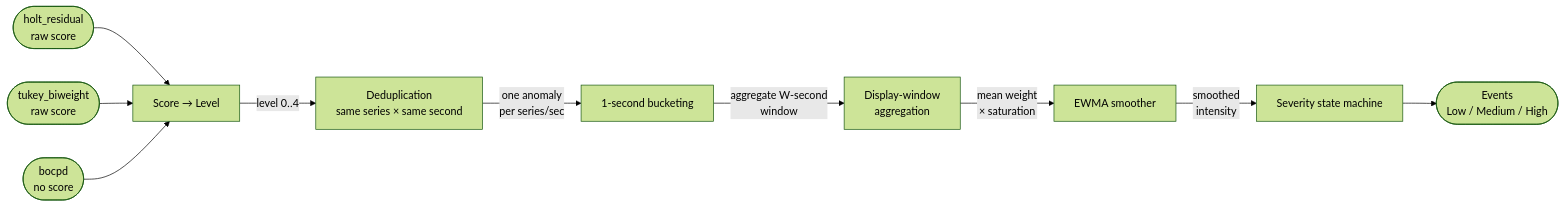
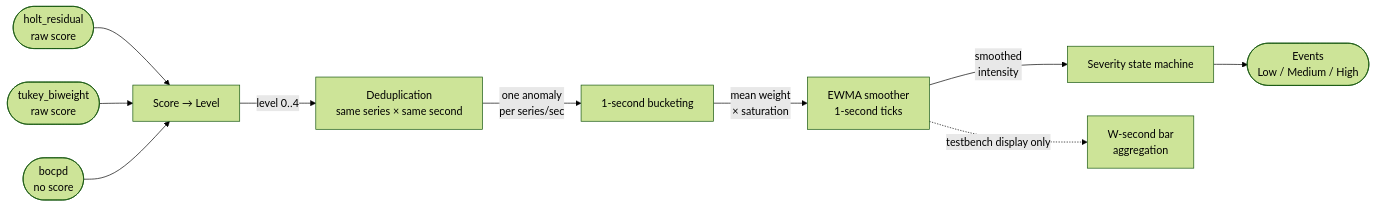
One commit to DataDog/datadog-agent changed the first of 4 diagrams in internal/qbranch/anomalydetection-testbench/ANOMALY_SCORING.md. Above: the diagram before and after it, drawn with Mermaid (forest theme). The commit also changed other lines of this file and 1 other file, not shown here.

First line of the commit message:
feat(timeline): EWMA at 1-second resolution, display aggregation render-only

````diff
--- a/internal/qbranch/anomalydetection-testbench/ANOMALY_SCORING.md
+++ b/internal/qbranch/anomalydetection-testbench/ANOMALY_SCORING.md
@@ -13,13 +17,14 @@
 ```mermaid
 flowchart LR
     D1([holt_residual\nraw score])  --> S[Score → Level]
     D2([tukey_biweight\nraw score]) --> S
     D3([bocpd\nno score])           --> S
 
     S -->|level 0‥4| Dedup[Deduplication\nsame series × same second]
     Dedup -->|one anomaly\nper series/sec| Bucket[1-second bucketing]
-    Bucket -->|aggregate W-second\nwindow| Agg[Display-window\naggregation]
-    Agg -->|mean weight\n× saturation| EWMA[EWMA smoother]
+    Bucket -->|mean weight\n× saturation| EWMA[EWMA smoother\n1-second ticks]
     EWMA -->|smoothed\nintensity| SM[Severity state machine]
     SM --> E([Events\nLow / Medium / High])
+
+    EWMA -.->|testbench display only| Agg[W-second bar\naggregation]
 ```
````
